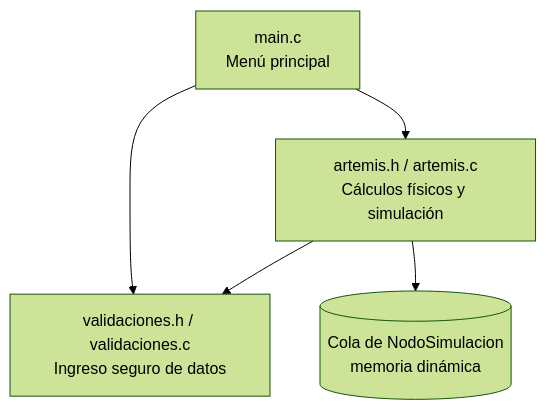
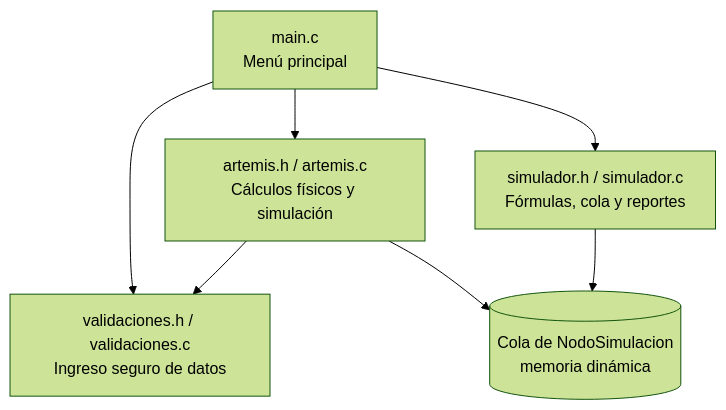
Before and after one commit to tezbrit/TRABAJO-FINAL-INTEGRADOR-C-AED-GRUPO-A17: the diagram in README.md, drawn with Mermaid (forest theme). The commit also changed other lines of this file, not shown here.

````diff
--- a/README.md
+++ b/README.md
@@ -90,7 +99,9 @@
 ```mermaid
 graph TD
     M[main.c<br/>Menú principal] --> A[artemis.h / artemis.c<br/>Cálculos físicos y simulación]
     M --> V[validaciones.h / validaciones.c<br/>Ingreso seguro de datos]
     A --> V
     A --> Q[(Cola de NodoSimulacion<br/>memoria dinámica)]
+    M --> S[simulador.h / simulador.c<br/>Fórmulas, cola y reportes]
+    S --> Q
 ```
````
